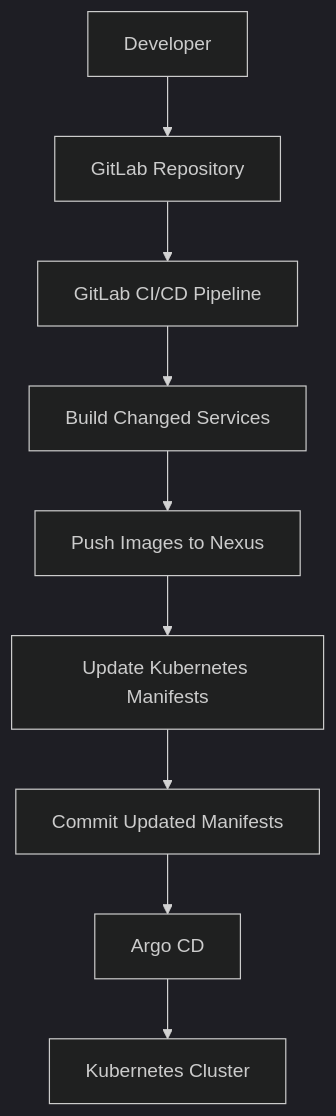
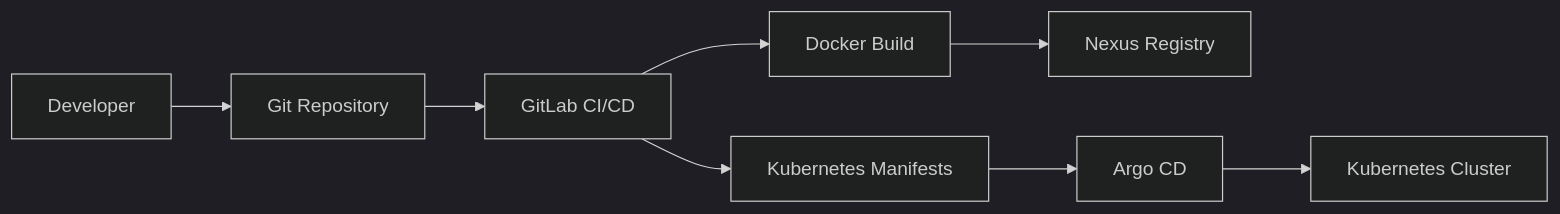
One commit to MahbodRahimian/microservices-demo-kubernetes changed the second of 3 diagrams in README.md. Above: the diagram before and after it, drawn with Mermaid (dark theme). The commit also changed other lines of this file, not shown here.

````diff
--- a/README.md
+++ b/README.md
@@ -145,23 +87,19 @@
 ```mermaid
-flowchart TD
+flowchart LR
     Developer[Developer]
-    GitLab[GitLab Repository]
-    Pipeline[GitLab CI/CD Pipeline]
+    Git[Git Repository]
+    GitLab[GitLab CI/CD]
+    Docker[Docker Build]
+    Nexus[Nexus Registry]
+    Manifests[Kubernetes Manifests]
+    Argo[Argo CD]
+    K8s[Kubernetes Cluster]
 
-    Build[Build Changed Services]
-    Push[Push Images to Nexus]
-    Update[Update Kubernetes Manifests]
-    Commit[Commit Updated Manifests]
-
-    Argo[Argo CD]
-    Cluster[Kubernetes Cluster]
-
-    Developer --> GitLab
-    GitLab --> Pipeline
-    Pipeline --> Build
-    Build --> Push
-    Push --> Update
-    Update --> Commit
-    Commit --> Argo
-    Argo --> Cluster
+    Developer --> Git
+    Git --> GitLab
+    GitLab --> Docker
+    Docker --> Nexus
+    GitLab --> Manifests
+    Manifests --> Argo
+    Argo --> K8s
 ```
````
